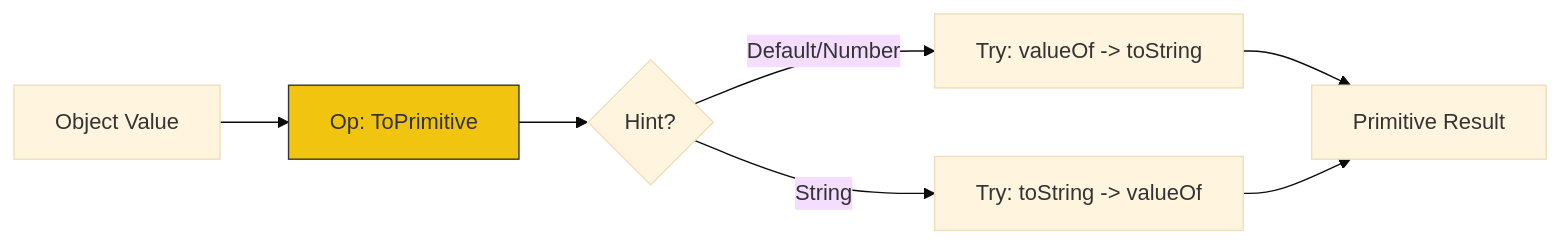
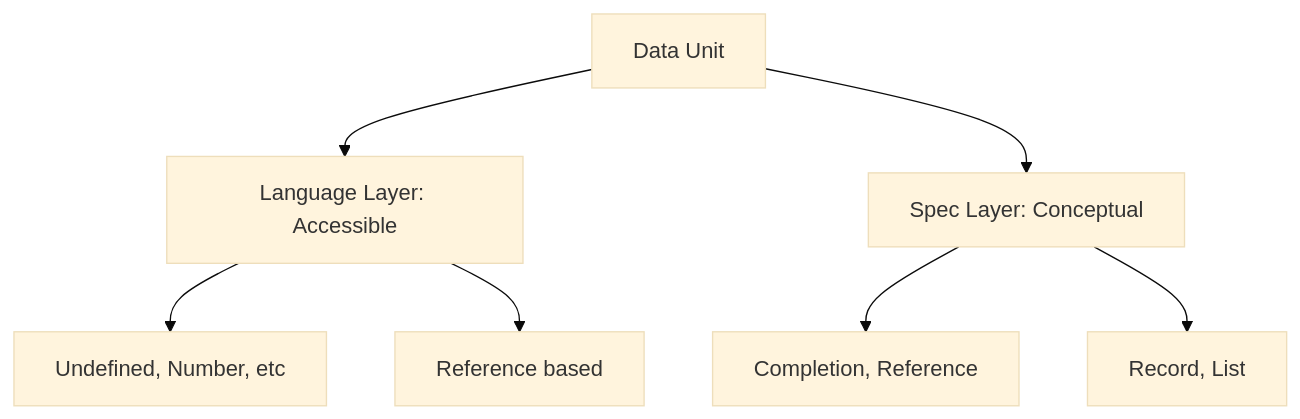
The diagram in RAK-04-core-specification/SR-01-spec-algorithm-conventions/BK-01_SpecFoundations/CH-03_TypeTaxonomy/README.md (syahputrawork98-sketch/JavaScript-Learning-Hub), drawn with Mermaid (base theme) before and after one commit. The commit also changed other lines of this file and 30 other files, not shown here.

````diff
--- a/RAK-04-core-specification/SR-01-spec-algorithm-conventions/BK-01_SpecFoundations/CH-03_TypeTaxonomy/README.md
+++ b/RAK-04-core-specification/SR-01-spec-algorithm-conventions/BK-01_SpecFoundations/CH-03_TypeTaxonomy/README.md
@@ -25,11 +21,11 @@
 ```mermaid
-graph LR
-    Obj[Object Value] --> Top[Op: ToPrimitive]
-    Top --> hint{Hint?}
-    hint -->|Default/Number| Order[Try: valueOf -> toString]
-    hint -->|String| Order2[Try: toString -> valueOf]
-    Order --> Prim[Primitive Result]
-    Order2 --> Prim
+graph TD
+    Data[Data Unit] --> L[Language Layer: Accessible]
+    Data --> S[Spec Layer: Conceptual]
     
-    style Top fill:#f1c40f,stroke:#333
+    L --> Primitif[Undefined, Number, etc]
+    L --> Objek[Reference based]
+    
+    S --> Control[Completion, Reference]
+    S --> Meta[Record, List]
 ```
````
